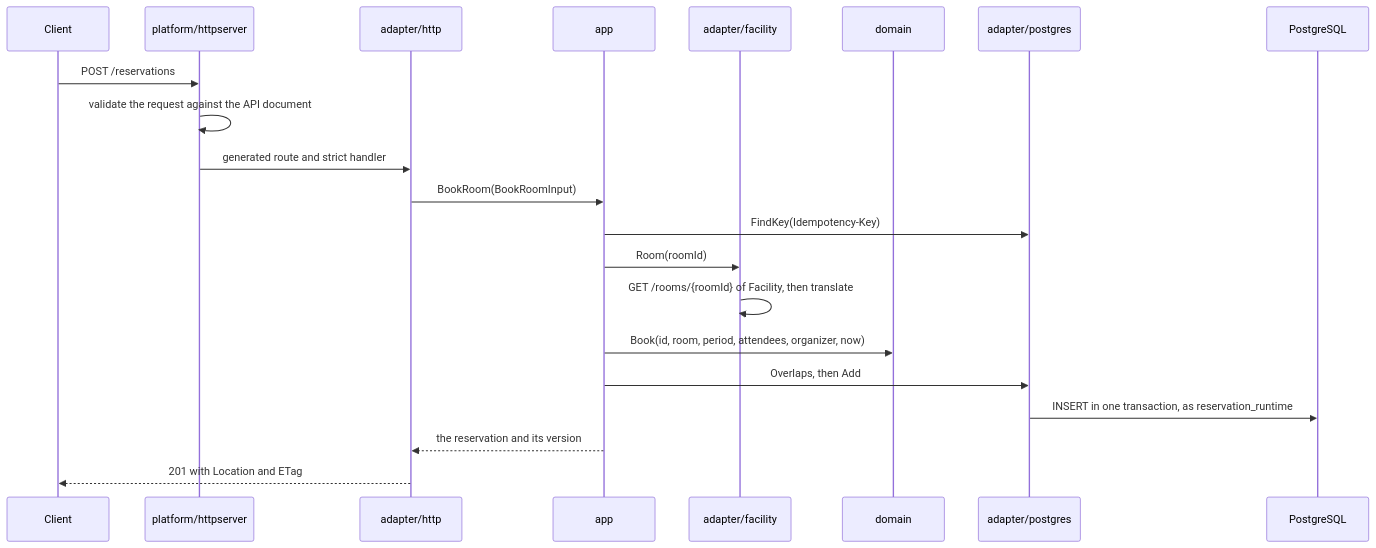
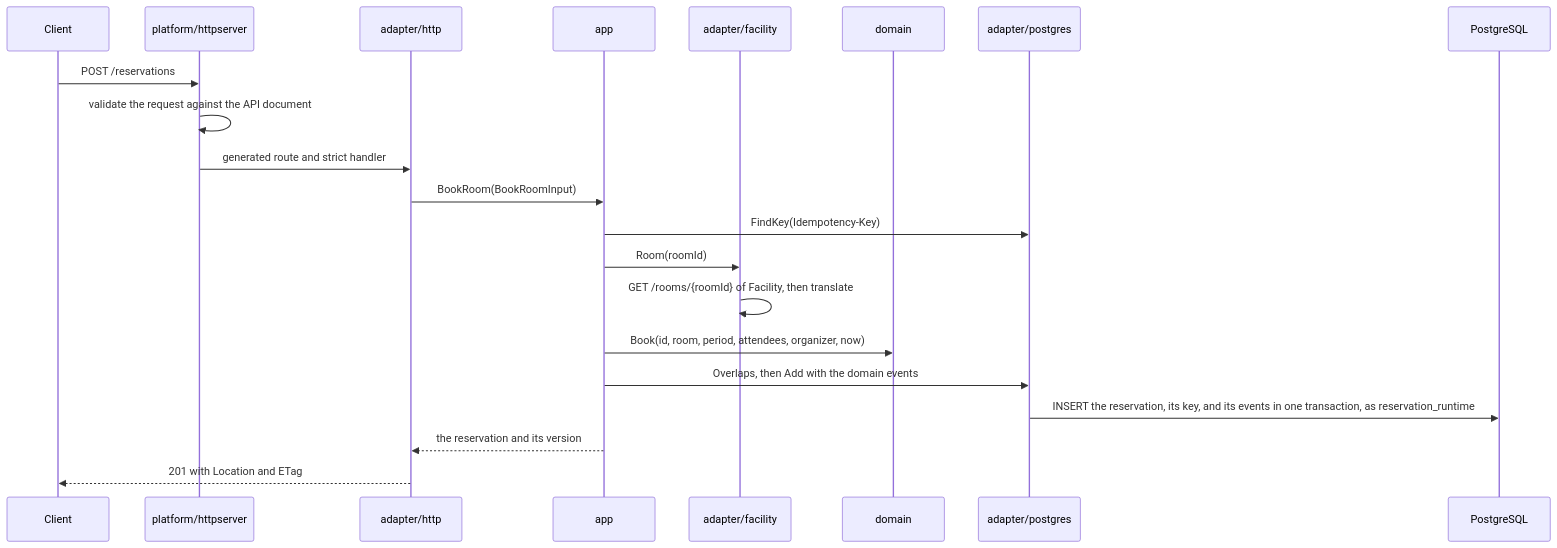
The second of 3 diagrams in ARCHITECTURE.md (ma-chisuke/go-nextjs-ddd-monorepo), drawn with Mermaid before and after one commit. The commit also changed other lines of this file and 53 other files, not shown here.

````diff
--- a/ARCHITECTURE.md
+++ b/ARCHITECTURE.md
@@ -67,23 +105,23 @@
 ```mermaid
 sequenceDiagram
     participant client as Client
     participant server as platform/httpserver
     participant http as adapter/http
     participant app as app
     participant facility as adapter/facility
     participant domain as domain
     participant store as adapter/postgres
     participant db as PostgreSQL
     client->>server: POST /reservations
     server->>server: validate the request against the API document
     server->>http: generated route and strict handler
     http->>app: BookRoom(BookRoomInput)
     app->>store: FindKey(Idempotency-Key)
     app->>facility: Room(roomId)
     facility->>facility: GET /rooms/{roomId} of Facility, then translate
     app->>domain: Book(id, room, period, attendees, organizer, now)
-    app->>store: Overlaps, then Add
-    store->>db: INSERT in one transaction, as reservation_runtime
+    app->>store: Overlaps, then Add with the domain events
+    store->>db: INSERT the reservation, its key, and its events in one transaction, as reservation_runtime
     app-->>http: the reservation and its version
     http-->>client: 201 with Location and ETag
 ```
````
